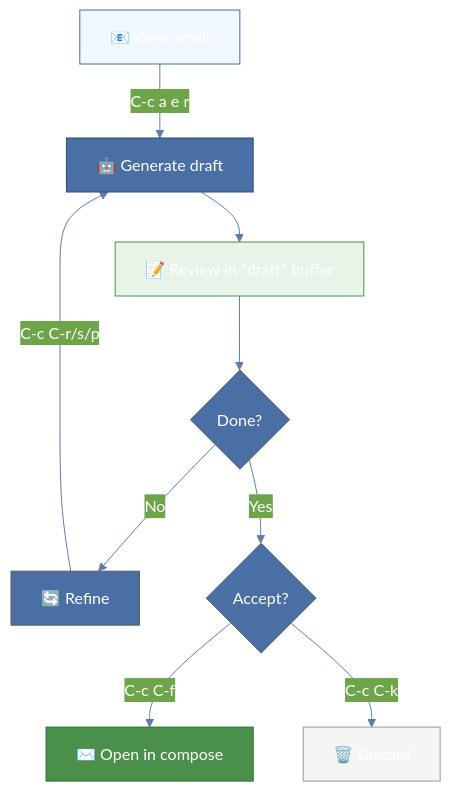
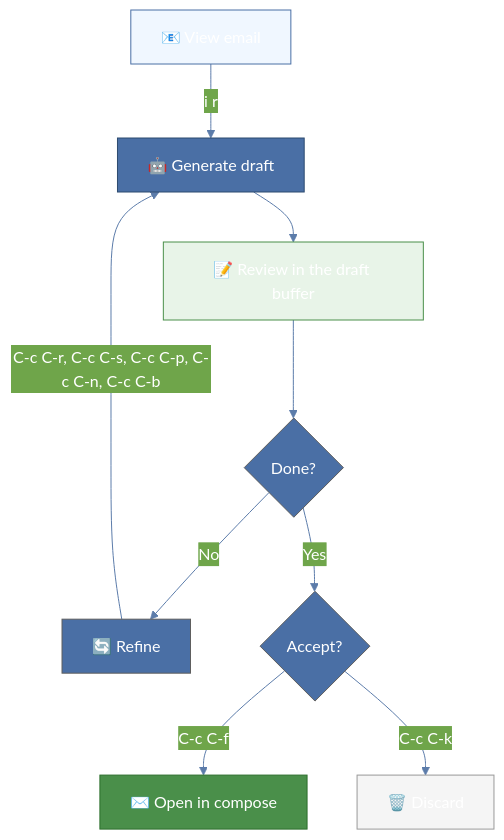
The second of 3 diagrams in README.md (emacsmirror/mu4e-llm), drawn with Mermaid before and after one commit. The commit also changed other lines of this file and 10 other files, not shown here.

````diff
--- a/README.md
+++ b/README.md
@@ -124,21 +132,21 @@
 ```mermaid
 %%{init: {'theme': 'base', 'themeVariables': { 'primaryColor': '#4a6fa5', 'primaryTextColor': '#fff', 'lineColor': '#5c7caa'}}}%%
 flowchart TD
-    A["📧 View email"] -->|"C-c a e r"| B["🤖 Generate draft"]
-    B --> C["📝 Review in *draft* buffer"]
+    A["📧 View email"] -->|"i r"| B["🤖 Generate draft"]
+    B --> C["📝 Review in the draft buffer"]
 
-    C --> D{Done?}
+    C --> D{"Done?"}
 
-    D -->|No| E["🔄 Refine"]
-    E -->|"C-c C-r/s/p"| B
+    D -->|"No"| E["🔄 Refine"]
+    E -->|"C-c C-r, C-c C-s, C-c C-p, C-c C-n, C-c C-b"| B
 
-    D -->|Yes| F{Accept?}
+    D -->|"Yes"| F{"Accept?"}
     F -->|"C-c C-f"| G["✉️ Open in compose"]
     F -->|"C-c C-k"| H["🗑️ Discard"]
 
     style A fill:#f0f7ff,stroke:#4a6fa5
     style B fill:#4a6fa5,stroke:#2d4a6f,color:#fff
     style C fill:#e8f4e8,stroke:#4a8f4a
     style G fill:#4a8f4a,stroke:#2d6f2d,color:#fff
     style H fill:#f5f5f5,stroke:#999
 ```
````
